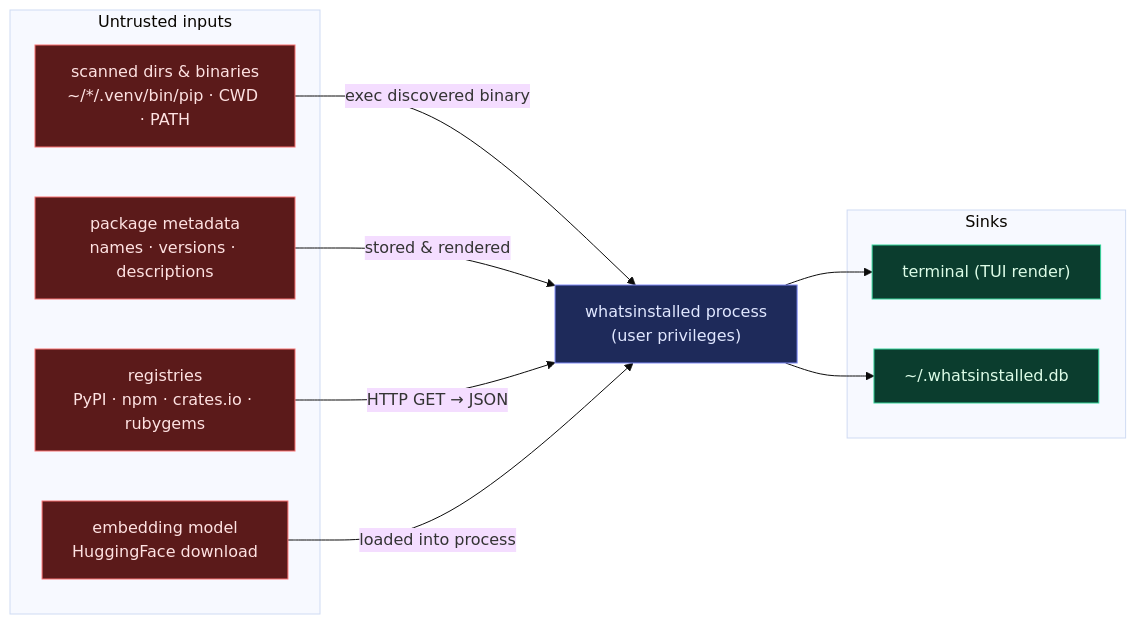
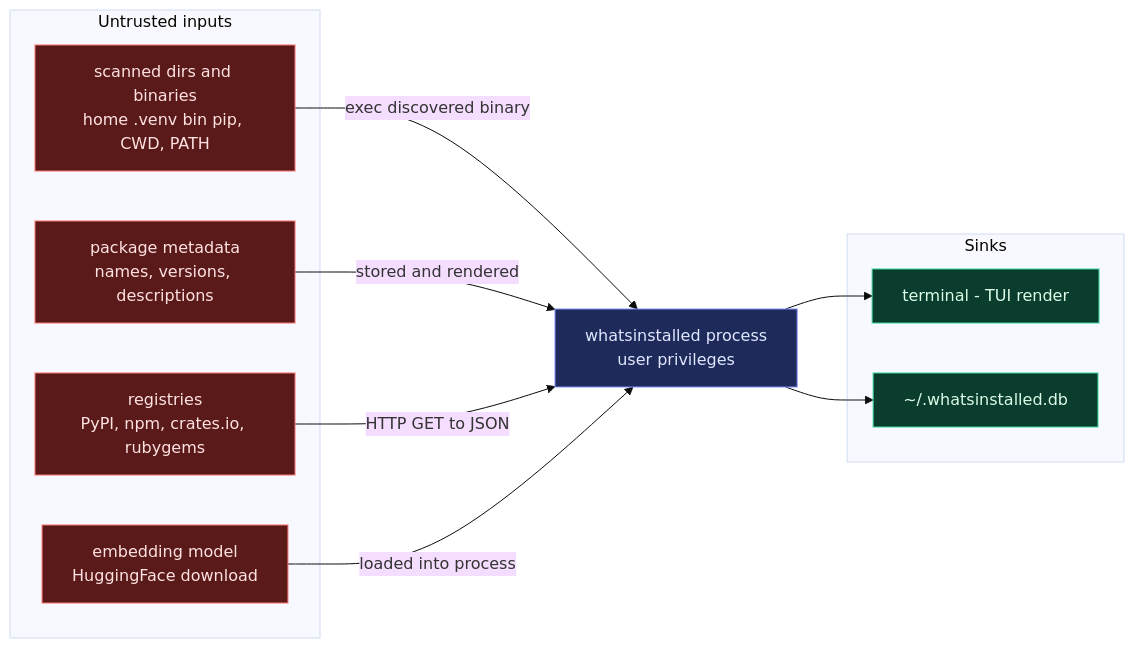
One commit to DVacirca/whatsinstalled changed the diagram in docs/ATTACK-SURFACE.md. Above: the diagram before and after it, drawn with Mermaid (base theme). The commit also changed 1 other file, not shown here.

Commit message:
strip Mermaid of all chars that crash VS Code renderer
Removed from all three diagrams:
- [] (Mermaid interprets as shape syntax inside labels)
- → unicode arrows (SVG text rendering fail)
- () in edge labels (possible parser conflict)
- · middle dots and & ampersands in node text
- + in View node label

All labels now use plain text with hyphens and slashes only.

````diff
--- a/docs/ATTACK-SURFACE.md
+++ b/docs/ATTACK-SURFACE.md
@@ -37,30 +37,30 @@
 ```mermaid
 flowchart LR
     subgraph untrusted["Untrusted inputs"]
-        DIRS["scanned dirs & binaries<br/>~/*/.venv/bin/pip · CWD · PATH"]
-        META["package metadata<br/>names · versions · descriptions"]
-        NET["registries<br/>PyPI · npm · crates.io · rubygems"]
+        DIRS["scanned dirs and binaries<br/>home .venv bin pip, CWD, PATH"]
+        META["package metadata<br/>names, versions, descriptions"]
+        NET["registries<br/>PyPI, npm, crates.io, rubygems"]
         MODEL["embedding model<br/>HuggingFace download"]
     end
 
-    APP["whatsinstalled process<br/>(user privileges)"]
+    APP["whatsinstalled process<br/>user privileges"]
 
     subgraph sinks["Sinks"]
-        TERM["terminal (TUI render)"]
+        TERM["terminal - TUI render"]
         DB["~/.whatsinstalled.db"]
     end
 
-    DIRS -->|"exec discovered binary"| APP
-    META -->|"stored & rendered"| APP
-    NET  -->|"HTTP GET → JSON"| APP
-    MODEL -->|"loaded into process"| APP
+    DIRS -->|exec discovered binary| APP
+    META -->|stored and rendered| APP
+    NET  -->|HTTP GET to JSON| APP
+    MODEL -->|loaded into process| APP
     APP --> TERM
     APP --> DB
 
     classDef u fill:#5b1a1a,stroke:#f87171,color:#fee2e2
     classDef a fill:#1e2a5a,stroke:#818cf8,color:#e0e7ff
     classDef s fill:#0b3d2e,stroke:#34d399,color:#dcfce7
     class DIRS,META,NET,MODEL u
     class APP a
     class TERM,DB s
 ```
````
